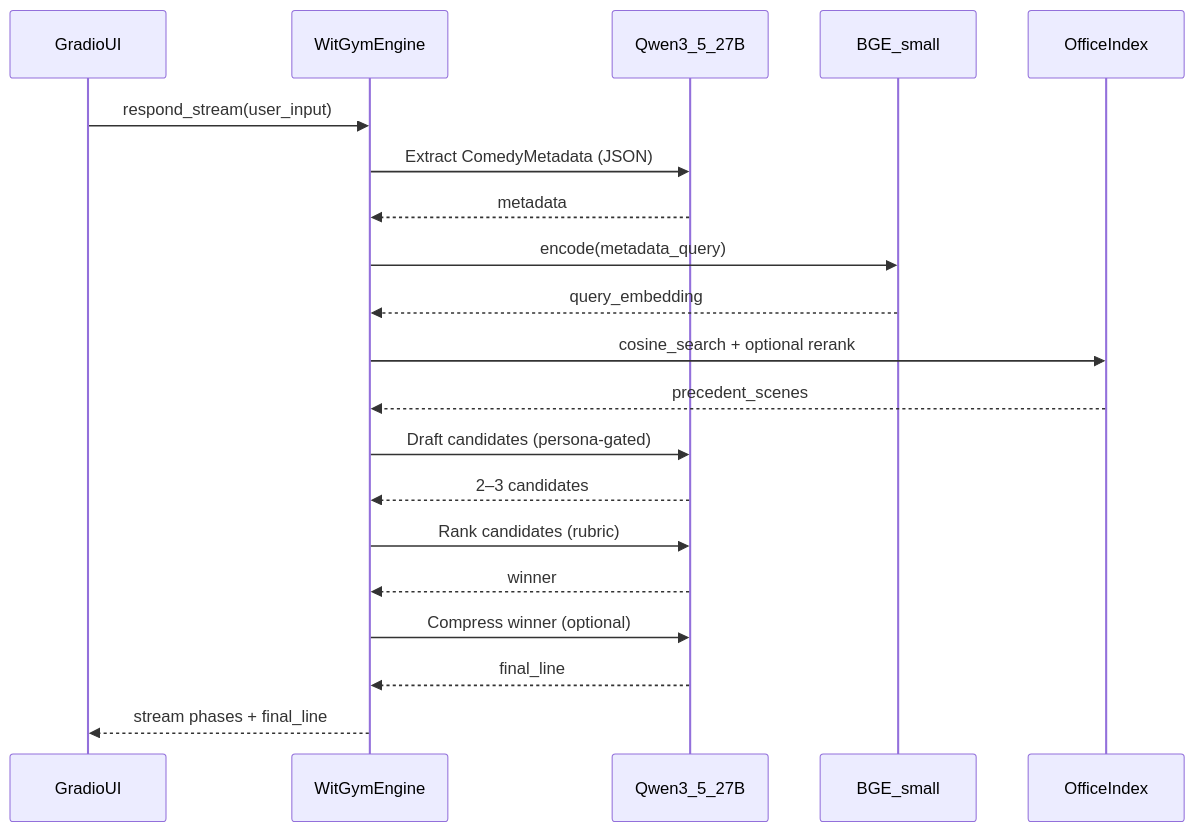
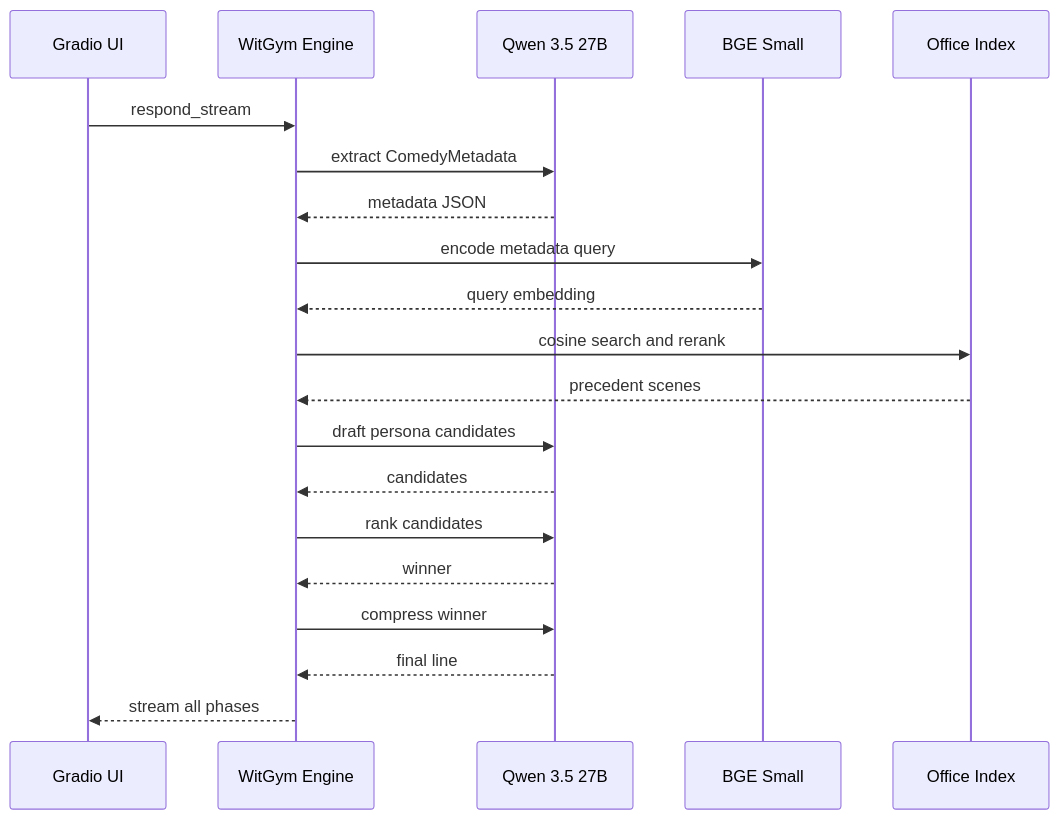
One commit to akshay-babbar/witgym changed the second of 2 diagrams in README.md. Above: the diagram before and after it, drawn with Mermaid. The commit also changed other lines of this file, not shown here.

Commit message:
fix: correct mermaid syntax errors and add bare submission URLs

````diff
--- a/README.md
+++ b/README.md
@@ -77,23 +77,23 @@
 ```mermaid
 sequenceDiagram
-  participant UI as GradioUI
-  participant Engine as WitGymEngine
-  participant LLM as Qwen3_5_27B
-  participant Embed as BGE_small
-  participant Index as OfficeIndex
+  participant UI as Gradio UI
+  participant Engine as WitGym Engine
+  participant LLM as Qwen 3.5 27B
+  participant Embed as BGE Small
+  participant Index as Office Index
 
-  UI->>Engine: respond_stream(user_input)
-  Engine->>LLM: Extract ComedyMetadata (JSON)
-  LLM-->>Engine: metadata
-  Engine->>Embed: encode(metadata_query)
-  Embed-->>Engine: query_embedding
-  Engine->>Index: cosine_search + optional rerank
-  Index-->>Engine: precedent_scenes
-  Engine->>LLM: Draft candidates (persona-gated)
-  LLM-->>Engine: 2–3 candidates
-  Engine->>LLM: Rank candidates (rubric)
+  UI->>Engine: respond_stream
+  Engine->>LLM: extract ComedyMetadata
+  LLM-->>Engine: metadata JSON
+  Engine->>Embed: encode metadata query
+  Embed-->>Engine: query embedding
+  Engine->>Index: cosine search and rerank
+  Index-->>Engine: precedent scenes
+  Engine->>LLM: draft persona candidates
+  LLM-->>Engine: candidates
+  Engine->>LLM: rank candidates
   LLM-->>Engine: winner
-  Engine->>LLM: Compress winner (optional)
-  LLM-->>Engine: final_line
-  Engine-->>UI: stream phases + final_line
+  Engine->>LLM: compress winner
+  LLM-->>Engine: final line
+  Engine-->>UI: stream all phases
 ```
````
